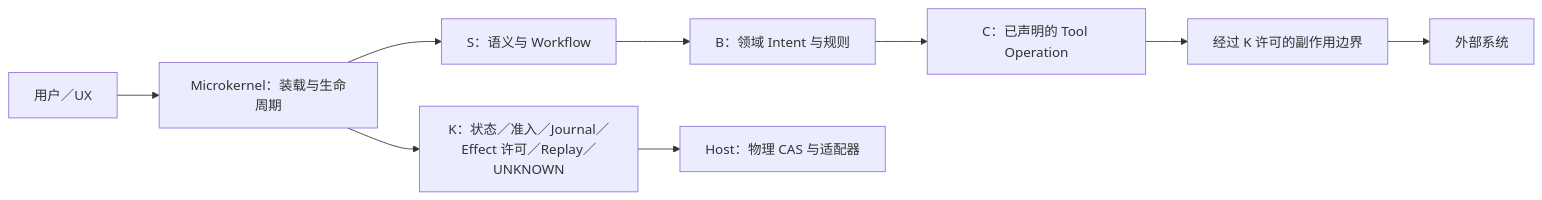
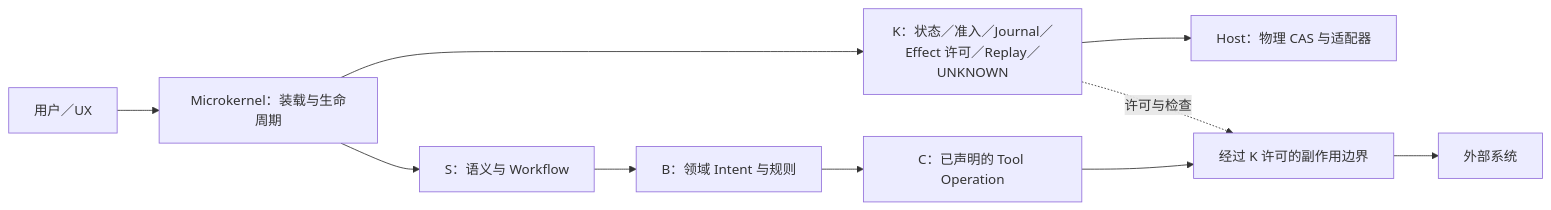
Before and after one commit to kaicreator-mm/domain-harness: the second of 3 diagrams in docs/current/zh-CN/architecture.md, drawn with Mermaid. The commit also changed other lines of this file and 2 other files, not shown here.

Commit message:
docs: make bilingual validator Windows-portable and clarify Kernel-governed Host diagram edges

````diff
--- a/docs/current/zh-CN/architecture.md
+++ b/docs/current/zh-CN/architecture.md
@@ -29,11 +29,12 @@
 ```mermaid
 flowchart LR
   UX["用户／UX"] --> MK["Microkernel：装载与生命周期"]
   MK --> K["K：状态／准入／Journal／Effect 许可／Replay／UNKNOWN"]
   MK --> S["S：语义与 Workflow"]
   S --> B["B：领域 Intent 与规则"]
   B --> C["C：已声明的 Tool Operation"]
   K --> H["Host：物理 CAS 与适配器"]
   C --> G["经过 K 许可的副作用边界"]
+  K -.->|"许可与检查"| G
   G --> EXT["外部系统"]
 ```
````
